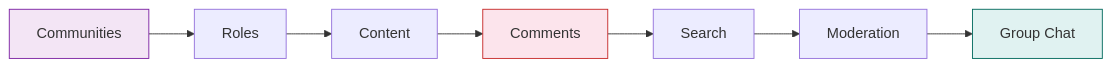
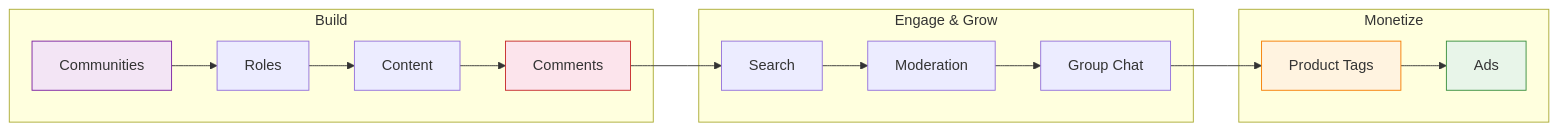
One commit to AmityCo/social-plus-docs changed the second of 8 diagrams in use-cases/choose-your-path.mdx. Above: the diagram before and after it, drawn with Mermaid. The commit also changed other lines of this file and 6 other files, not shown here.

````diff
--- a/use-cases/choose-your-path.mdx
+++ b/use-cases/choose-your-path.mdx
@@ -115,13 +152,22 @@
 ```mermaid
 graph LR
-    A["Communities"] --> B["Roles"]
-    B --> C["Content"]
-    C --> D["Comments"]
-    D --> E["Search"]
-    E --> F["Moderation"]
-    F --> G["Group Chat"]
+    subgraph Build
+        A["Communities"] --> B["Roles"]
+        B --> C["Content"]
+        C --> D["Comments"]
+    end
+    subgraph Engage & Grow
+        E["Search"] --> F["Moderation"]
+        F --> G["Group Chat"]
+    end
+    subgraph Monetize
+        H["Product Tags"] --> I["Ads"]
+    end
+    D --> E
+    G --> H
 
     style A fill:#f3e5f5,stroke:#7b1fa2
     style D fill:#fce4ec,stroke:#c62828
-    style G fill:#e0f2f1,stroke:#00695c
+    style H fill:#fff3e0,stroke:#f57c00
+    style I fill:#e8f5e9,stroke:#388e3c
 ```
````
